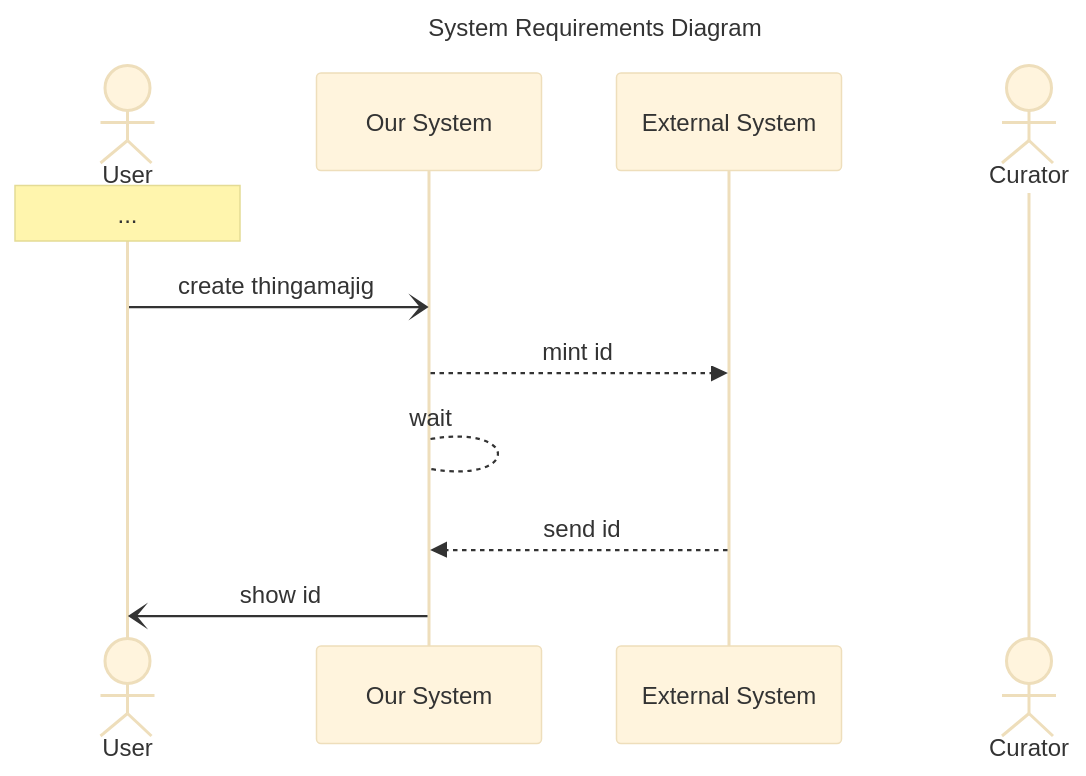
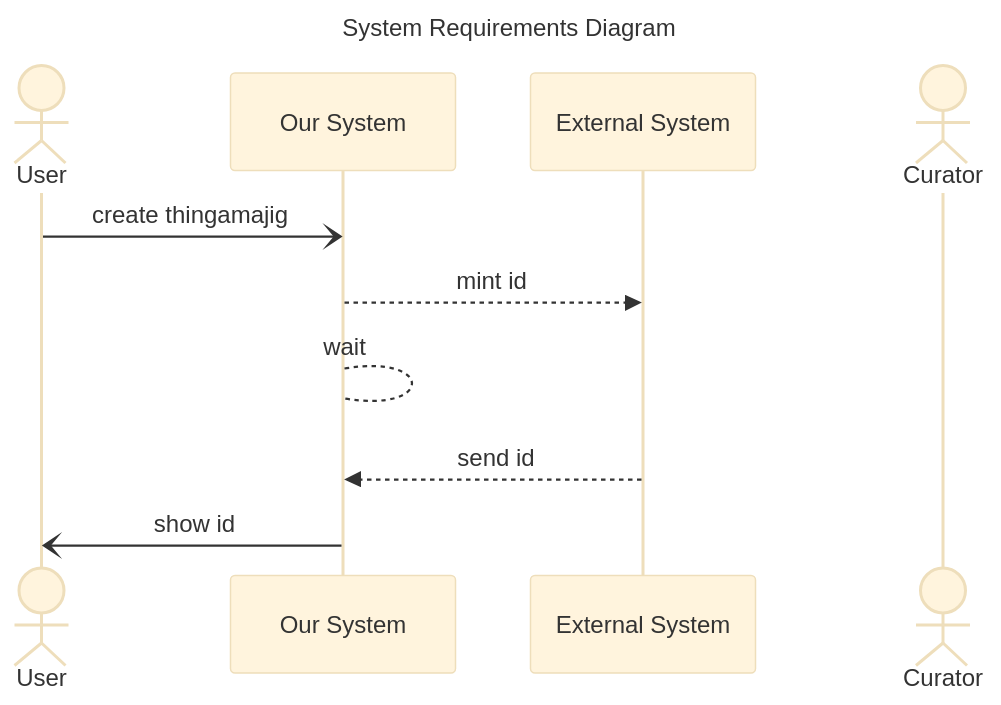
One commit to carolyncole/mermaid-wintersession changed the diagram in lesson3-notes/flow-diagram.md. Above: the diagram before and after it, drawn with Mermaid (base theme). The commit also changed other lines of this file and 10 other files, not shown here.

````diff
--- a/lesson3-notes/flow-diagram.md
+++ b/lesson3-notes/flow-diagram.md
@@ -7,20 +11,18 @@
 ```mermaid
 
 sequenceDiagram
 title  System Requirements Diagram
 accTitle: System Requirements Sequence Diagram
 
 actor user as User
 participant sys as Our System
 participant ext as External System
 actor curator as Curator
 
-note over user: ...
-
 user -) sys: create thingamajig
 sys -->> ext: mint id
 sys --> sys: wait
 ext -->> sys: send id
 sys -) user: show id
 
 ```
````
